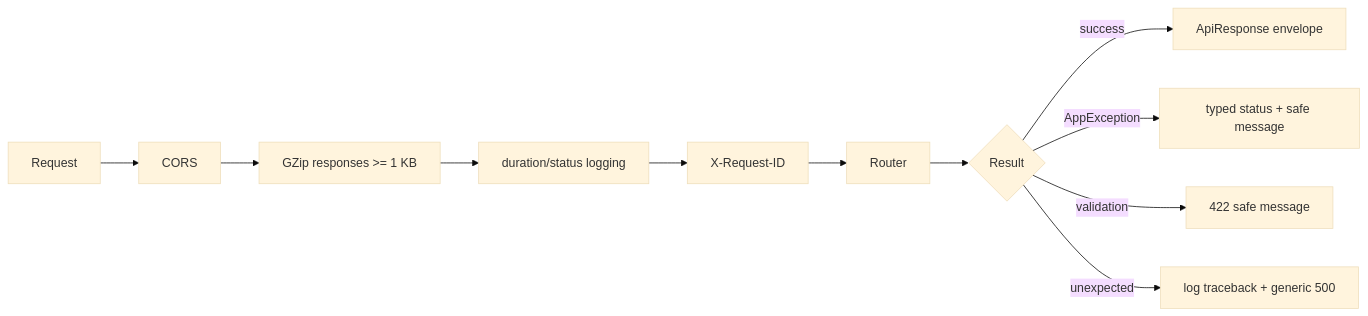
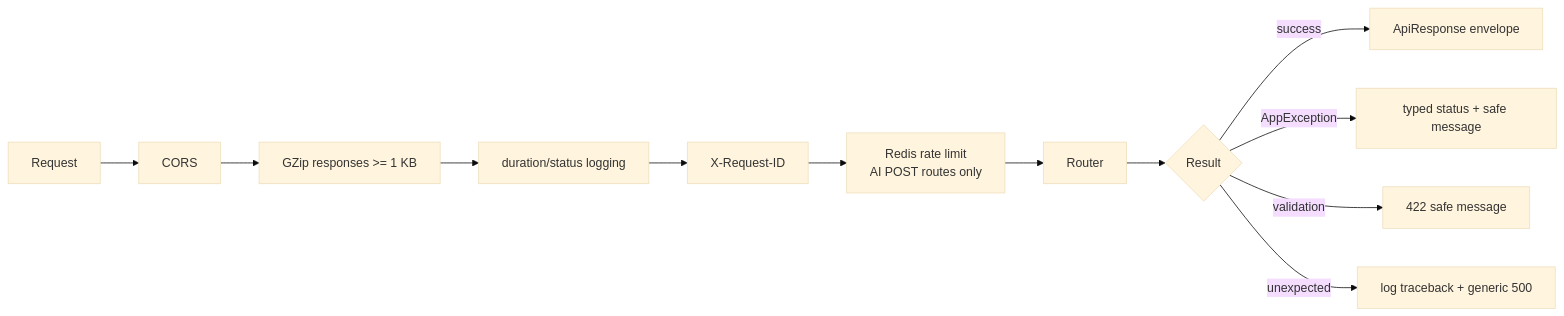
Diagram 11 of 13 in docs/LOW_LEVEL_DESIGN.md (saurabhzaiswal/GenAI-Customer-Review-Analyzer), drawn with Mermaid (base theme) before and after one commit. The commit also changed other lines of this file and 70 other files, not shown here.

````diff
--- a/docs/LOW_LEVEL_DESIGN.md
+++ b/docs/LOW_LEVEL_DESIGN.md
@@ -320,13 +385,14 @@
 ```mermaid
 flowchart LR
     Request --> CORS[CORS]
     CORS --> GZip[GZip responses >= 1 KB]
     GZip --> Logging[duration/status logging]
     Logging --> RequestID[X-Request-ID]
-    RequestID --> Router
+    RequestID --> RateLimit[Redis rate limit<br/>AI POST routes only]
+    RateLimit --> Router
     Router --> Result{Result}
     Result -->|success| Envelope[ApiResponse envelope]
     Result -->|AppException| Known[typed status + safe message]
     Result -->|validation| Validation[422 safe message]
     Result -->|unexpected| Unexpected[log traceback + generic 500]
 ```
````
